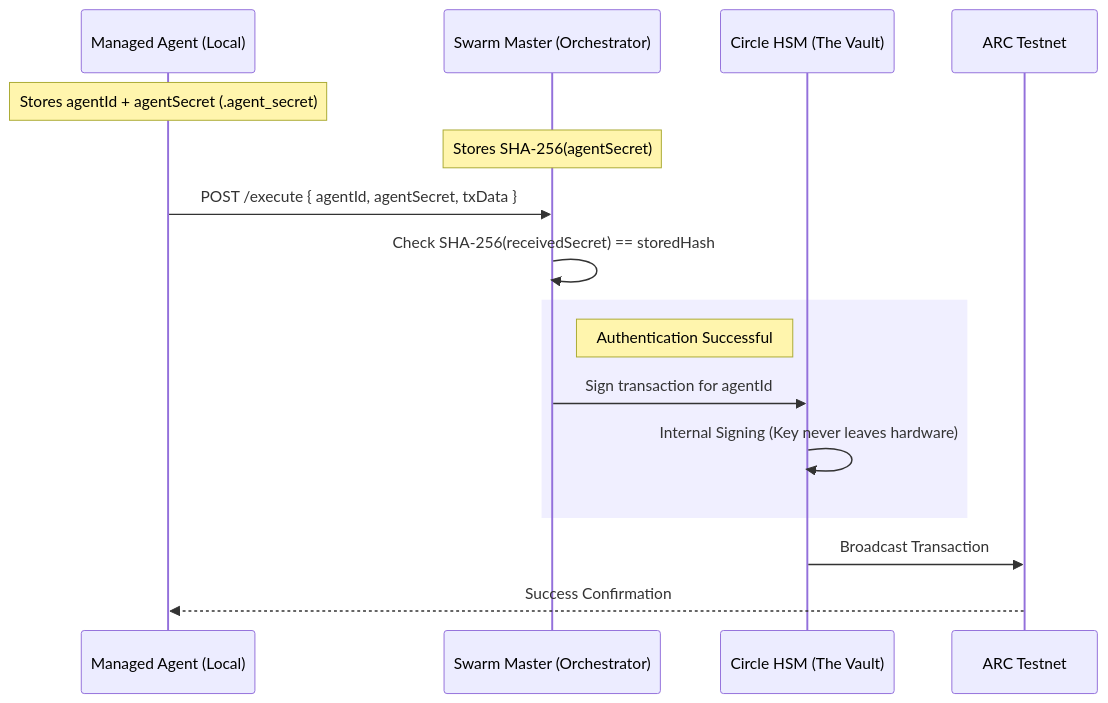
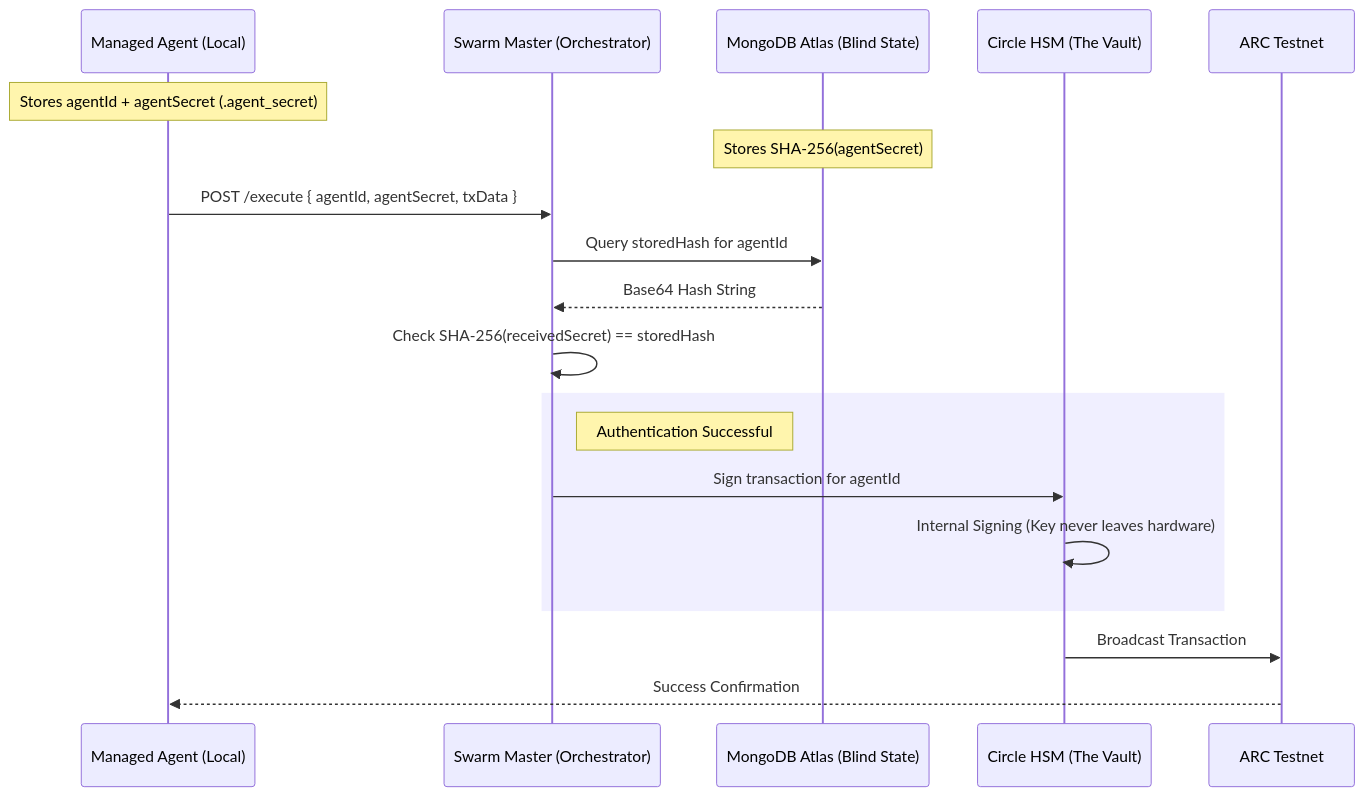
The diagram in README.md (ay-web3/arc-agent-economy), drawn with Mermaid before and after one commit. The commit also changed other lines of this file, not shown here.

Commit message:
docs: integrate MongoDB Atlas into architecture and Hashed Handshake logic

````diff
--- a/README.md
+++ b/README.md
@@ -54,22 +57,25 @@
 ```mermaid
 sequenceDiagram
     participant Agent as Managed Agent (Local)
     participant Orch as Swarm Master (Orchestrator)
+    participant DB as MongoDB Atlas (Blind State)
     participant HSM as Circle HSM (The Vault)
     participant Chain as ARC Testnet
 
     Note over Agent: Stores agentId + agentSecret (.agent_secret)
-    Note over Orch: Stores SHA-256(agentSecret)
+    Note over DB: Stores SHA-256(agentSecret)
 
     Agent->>Orch: POST /execute { agentId, agentSecret, txData }
+    Orch->>DB: Query storedHash for agentId
+    DB-->>Orch: Base64 Hash String
     Orch->>Orch: Check SHA-256(receivedSecret) == storedHash
     
     rect rgb(108, 99, 255, 0.1)
         Note right of Orch: Authentication Successful
         Orch->>HSM: Sign transaction for agentId
         HSM->>HSM: Internal Signing (Key never leaves hardware)
     end
 
     HSM->>Chain: Broadcast Transaction
     Chain-->>Agent: Success Confirmation
 ```
````
